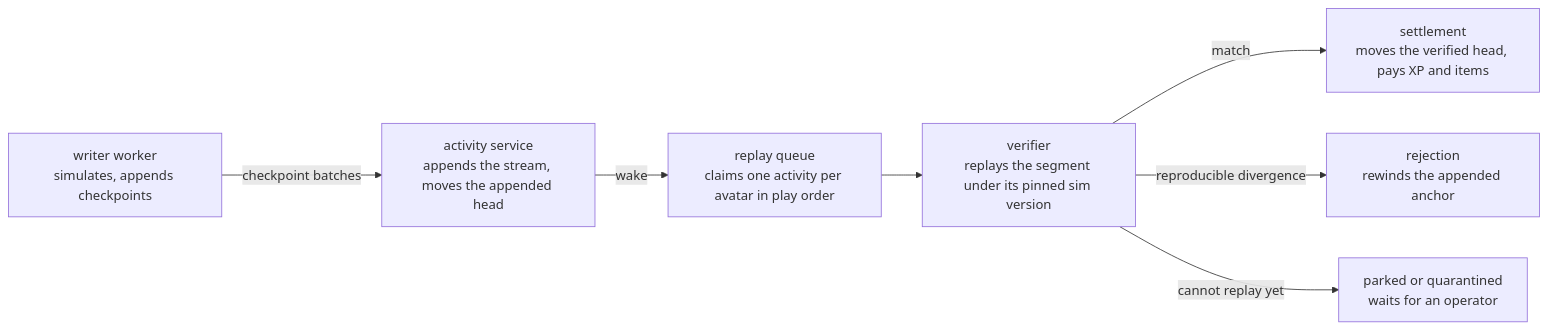
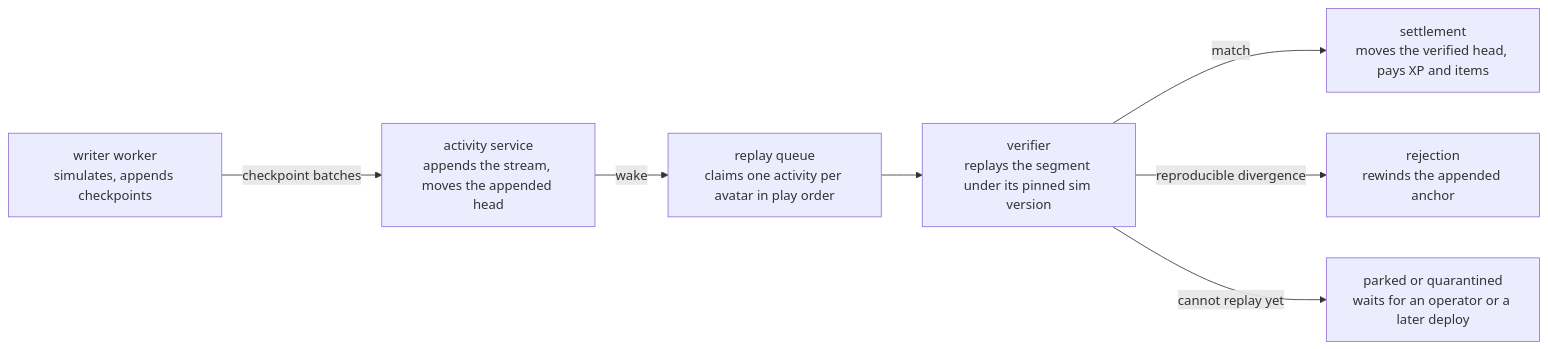
Before and after one commit to zgeoff/vers: the diagram in docs/architecture/game/game-simulation.md, drawn with Mermaid. The commit also changed other lines of this file and 1 other file, not shown here.

````diff
--- a/docs/architecture/game/game-simulation.md
+++ b/docs/architecture/game/game-simulation.md
@@ -17,9 +17,9 @@
 ```mermaid
 flowchart LR
   W["writer worker<br>simulates, appends checkpoints"] -->|checkpoint batches| A["activity service<br>appends the stream, moves the appended head"]
   A -->|wake| Q["replay queue<br>claims one activity per avatar in play order"]
   Q --> V["verifier<br>replays the segment under its pinned sim version"]
   V -->|match| S["settlement<br>moves the verified head, pays XP and items"]
   V -->|reproducible divergence| R["rejection<br>rewinds the appended anchor"]
-  V -->|cannot replay yet| P["parked or quarantined<br>waits for an operator"]
+  V -->|cannot replay yet| P["parked or quarantined<br>waits for an operator or a later deploy"]
 ```
````
